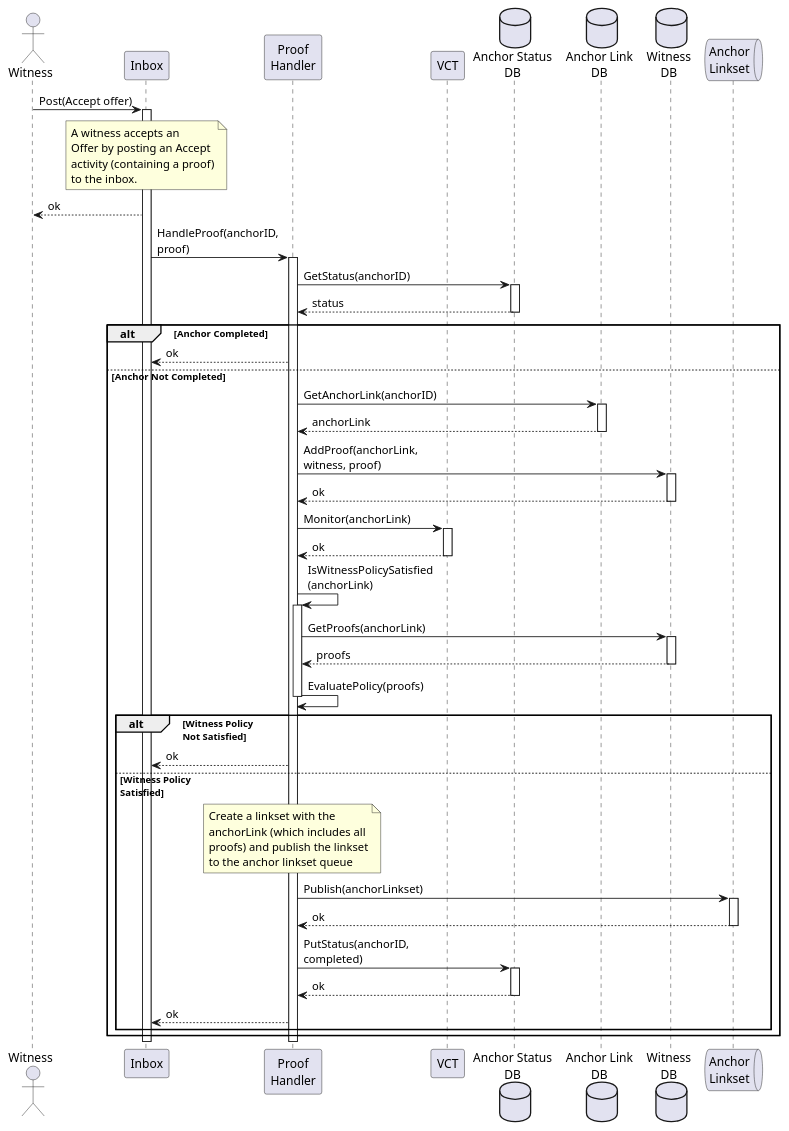
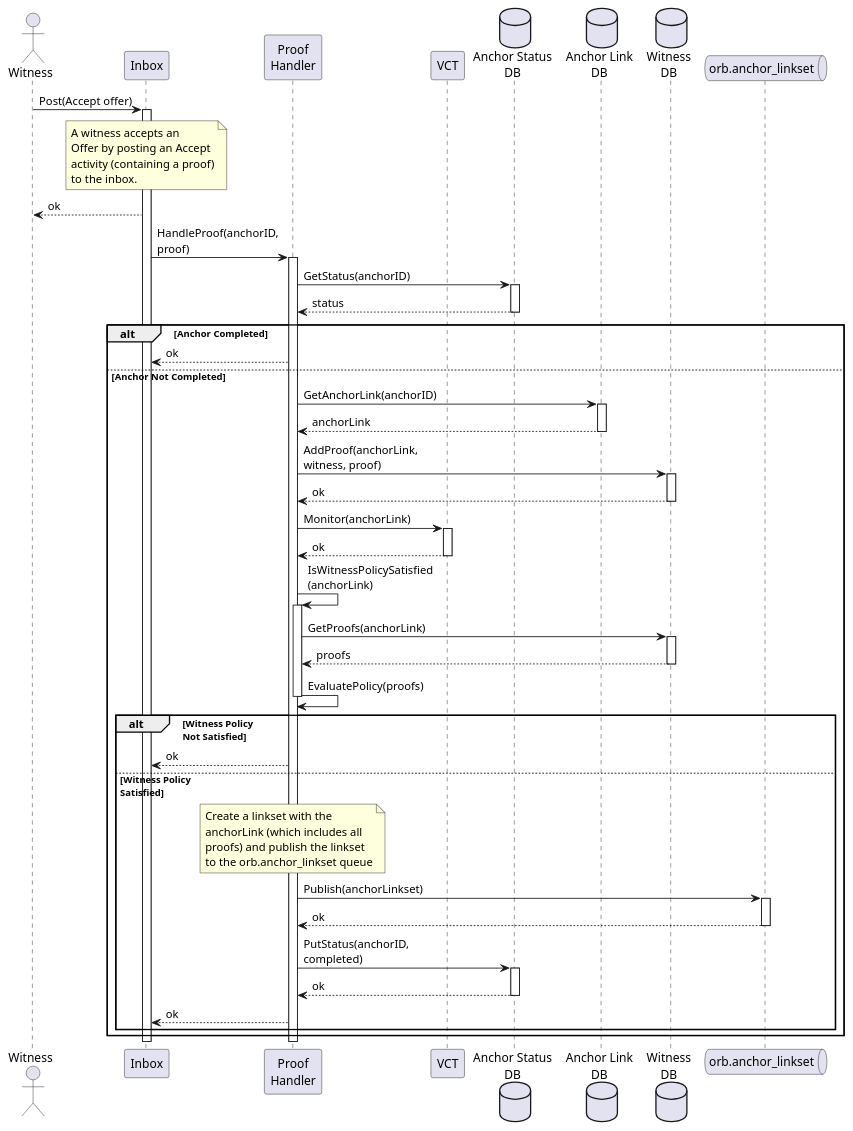
The diagram in readthedocs/source/orb/diagrams/proof-handler.puml (trustbloc/docs), drawn with PlantUML before and after one commit. The commit also changed 24 other files, not shown here.

```diff
--- a/readthedocs/source/orb/diagrams/proof-handler.puml
+++ b/readthedocs/source/orb/diagrams/proof-handler.puml
@@ -1,88 +1,88 @@
 @startuml
 'https://plantuml.com/sequence-diagram
 
 actor "Witness" as witness
 participant "Inbox" as inbox
 
 participant "Proof\nHandler" as proofHandler
 participant "VCT" as vct
 
 database "Anchor Status\nDB" as anchorStatusDB
 database "Anchor Link\nDB" as anchorLinkDB
 database "Witness\nDB" as witnessDB
-queue "Anchor\nLinkset" as anchorLinksetQueue
+queue "orb.anchor_linkset" as anchorLinksetQueue
 
 witness -> inbox: Post(Accept offer)
 note over inbox
   A witness accepts an
   Offer by posting an Accept
   activity (containing a proof)
   to the inbox.
 end note
 
 activate inbox
 inbox --> witness: ok
 
 inbox -> proofHandler: HandleProof(anchorID,\nproof)
 
 activate proofHandler
   proofHandler -> anchorStatusDB: GetStatus(anchorID)
   activate anchorStatusDB
   anchorStatusDB --> proofHandler: status
   deactivate anchorStatusDB
 
   alt Anchor Completed
     proofHandler --> inbox: ok
   else Anchor Not Completed
     proofHandler -> anchorLinkDB: GetAnchorLink(anchorID)
     activate anchorLinkDB
     anchorLinkDB --> proofHandler: anchorLink
     deactivate anchorLinkDB
 
     proofHandler -> witnessDB: AddProof(anchorLink,\nwitness, proof)
     activate witnessDB
     witnessDB --> proofHandler: ok
     deactivate witnessDB
 
     proofHandler -> vct: Monitor(anchorLink)
     activate vct
     vct --> proofHandler: ok
     deactivate vct
 
     proofHandler -> proofHandler: IsWitnessPolicySatisfied\n(anchorLink)
 
     activate proofHandler
         proofHandler -> witnessDB: GetProofs(anchorLink)
         activate witnessDB
         witnessDB --> proofHandler: proofs
         deactivate witnessDB
         proofHandler -> proofHandler: EvaluatePolicy(proofs)
     deactivate proofHandler
 
     alt Witness Policy\nNot Satisfied
         proofHandler --> inbox: ok
     else Witness Policy\nSatisfied
         note over proofHandler
           Create a linkset with the
           anchorLink (which includes all
           proofs) and publish the linkset
-          to the anchor linkset queue
+          to the orb.anchor_linkset queue
         end note
 
         proofHandler -> anchorLinksetQueue: Publish(anchorLinkset)
         activate anchorLinksetQueue
         anchorLinksetQueue --> proofHandler: ok
         deactivate anchorLinksetQueue
 
         proofHandler -> anchorStatusDB: PutStatus(anchorID,\ncompleted)
         activate anchorStatusDB
         anchorStatusDB --> proofHandler: ok
         deactivate anchorStatusDB
 
         proofHandler --> inbox: ok
     end
   end alt
 deactivate proofHandler
 deactivate inbox
 
 @enduml
```
